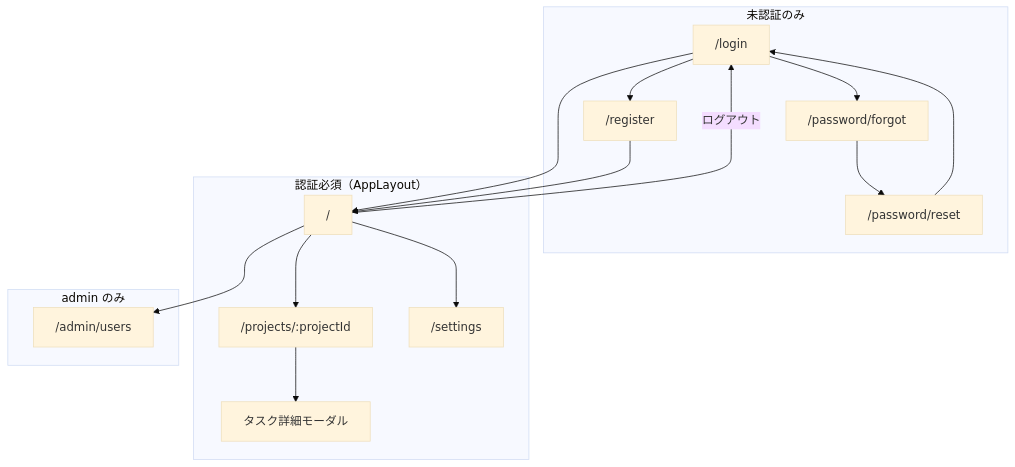
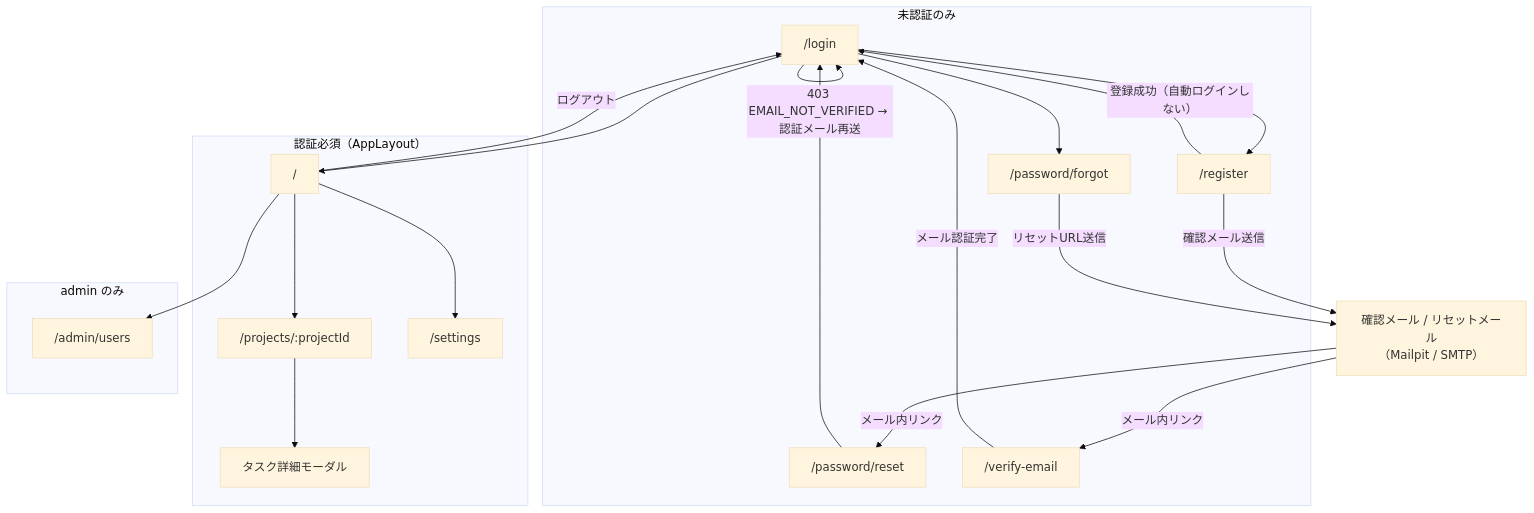
The first of 7 diagrams in basic_design/05_frontend.md (oikawa-d/task_management), drawn with Mermaid (base theme) before and after one commit. The commit also changed other lines of this file and 9 other files, not shown here.

````diff
--- a/basic_design/05_frontend.md
+++ b/basic_design/05_frontend.md
@@ -75,30 +76,37 @@
 ```mermaid
 flowchart TB
     subgraph public["未認証のみ"]
         L["/login"]
         R["/register"]
         PF["/password/forgot"]
         PR["/password/reset"]
+        VE["/verify-email"]
     end
     subgraph private["認証必須（AppLayout）"]
         D["/"]
         B["/projects/:projectId"]
         T["タスク詳細モーダル"]
         S["/settings"]
     end
     subgraph adminonly["admin のみ"]
         AU["/admin/users"]
     end
+    MAIL["確認メール / リセットメール<br/>（Mailpit / SMTP）"]
 
     L --> D
     L --> R
     L --> PF
-    PF --> PR
     PR --> L
-    R --> D
+    R -->|"登録成功（自動ログインしない）"| L
+    R -->|"確認メール送信"| MAIL
+    MAIL -->|"メール内リンク"| VE
+    PF -->|"リセットURL送信"| MAIL
+    MAIL -->|"メール内リンク"| PR
+    VE -->|"メール認証完了"| L
+    L -->|"403 EMAIL_NOT_VERIFIED → 認証メール再送"| L
     D --> B
     B --> T
     D --> S
     D --> AU
     D -->|ログアウト| L
 ```
````
